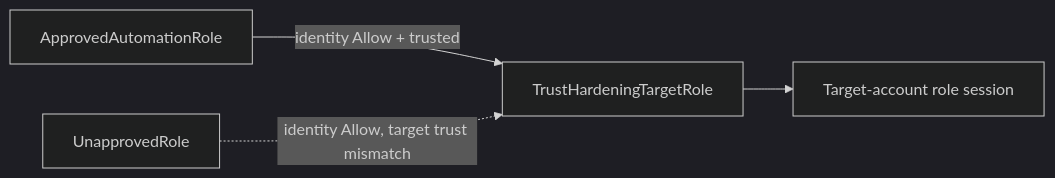
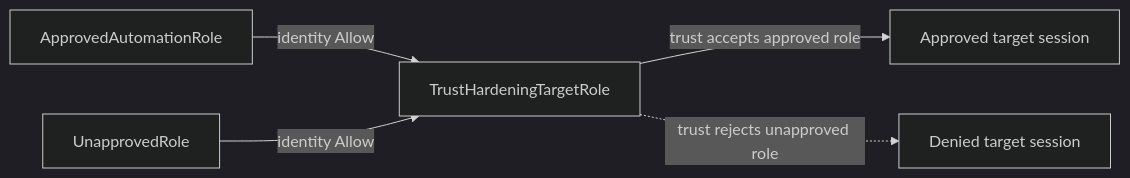
The second of 3 diagrams in docs/lab/week2/exercise2/exercise2-instructions.md (yduchesne/aws-security), drawn with Mermaid (dark theme) before and after one commit. The commit also changed other lines of this file and 41 other files, not shown here.

````diff
--- a/docs/lab/week2/exercise2/exercise2-instructions.md
+++ b/docs/lab/week2/exercise2/exercise2-instructions.md
@@ -62,6 +101,7 @@
 ```mermaid
 flowchart LR
-    Approved[ApprovedAutomationRole] -->|identity Allow + trusted| Target[TrustHardeningTargetRole]
-    Unapproved[UnapprovedRole] -.->|identity Allow, target trust mismatch| Target
-    Target --> Session[Target-account role session]
+    Approved[ApprovedAutomationRole] -->|identity Allow| Target[TrustHardeningTargetRole]
+    Target -->|trust accepts approved role| AT[Approved target session]
+    Unapproved[UnapprovedRole] -->|identity Allow| Target
+    Target -.->|trust rejects unapproved role| UT[Denied target session]
 ```
````
